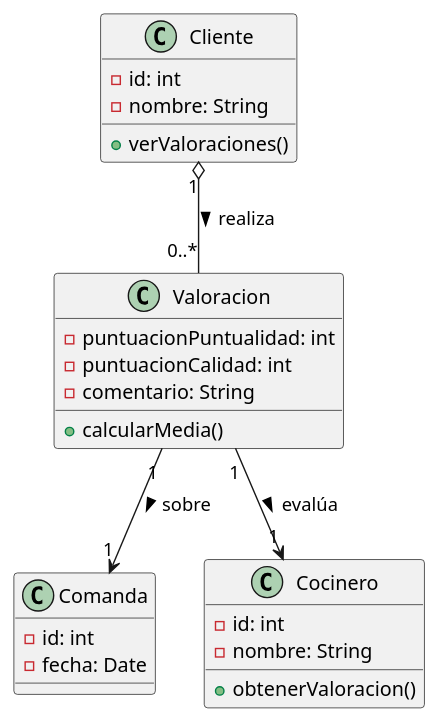
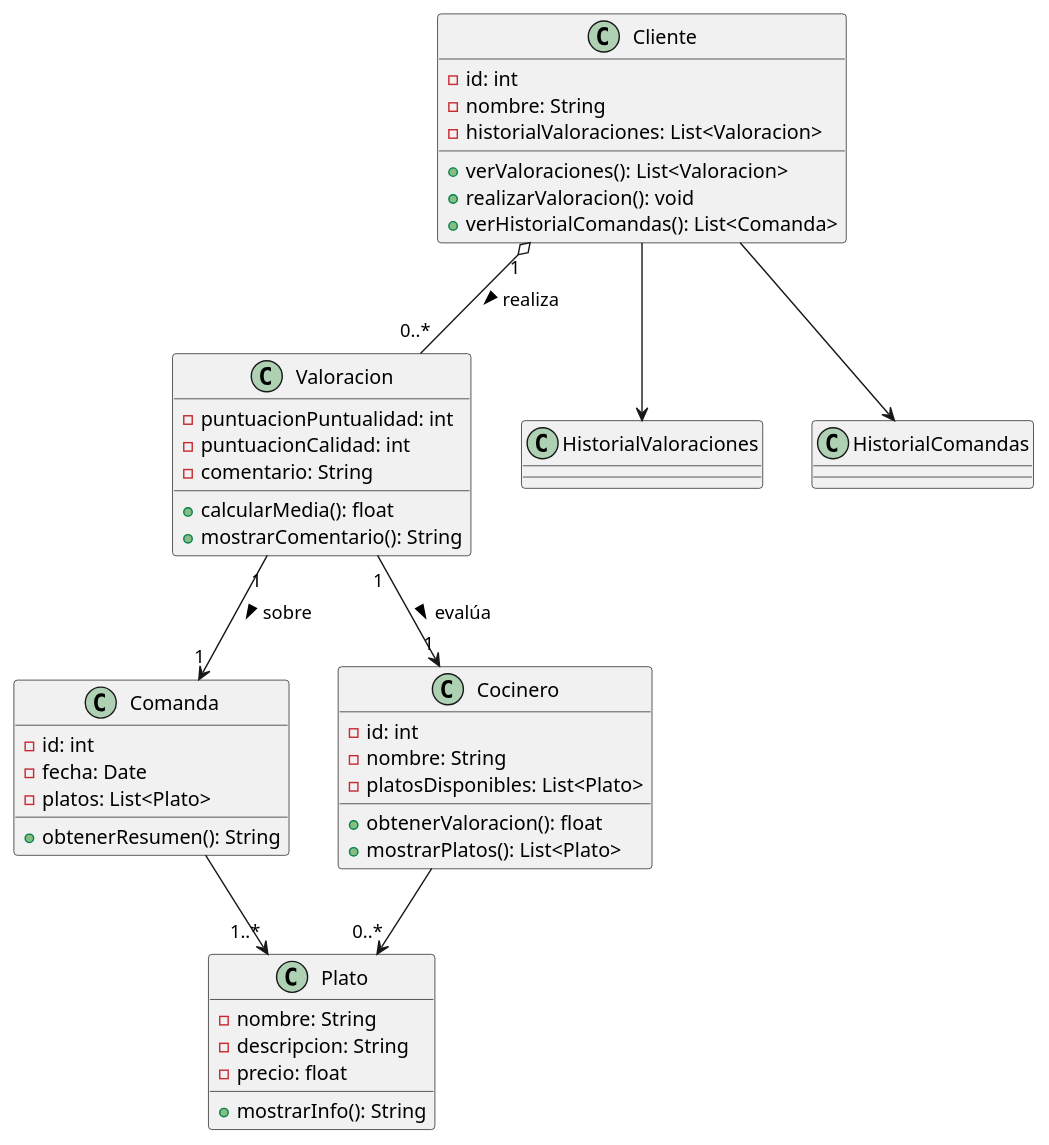
Before and after one commit to dabien3/ES25UAB-511-05: the diagram in documents/Diagrama Clases/CodeUML/bloq5.pUML, drawn with PlantUML.

```diff
--- a/documents/Diagrama Clases/CodeUML/bloq5.pUML
+++ b/documents/Diagrama Clases/CodeUML/bloq5.pUML
@@ -1,31 +1,54 @@
 @startuml
 
 class Valoracion {
   - puntuacionPuntualidad: int
   - puntuacionCalidad: int
   - comentario: String
-  + calcularMedia()
+  + calcularMedia(): float
+  + mostrarComentario(): String
 }
 
 class Comanda {
   - id: int
   - fecha: Date
+  - platos: List<Plato>
+  + obtenerResumen(): String
 }
 
 class Cocinero {
   - id: int
   - nombre: String
-  + obtenerValoracion()
+  - platosDisponibles: List<Plato>
+  + obtenerValoracion(): float
+  + mostrarPlatos(): List<Plato>
 }
 
 class Cliente {
   - id: int
   - nombre: String
-  + verValoraciones()
+  - historialValoraciones: List<Valoracion>
+  + verValoraciones(): List<Valoracion>
+  + realizarValoracion(): void
+  + verHistorialComandas(): List<Comanda>
 }
+
+class Plato {
+  - nombre: String
+  - descripcion: String
+  - precio: float
+  + mostrarInfo(): String
+}
+
+class HistorialValoraciones
+class HistorialComandas
 
 Cliente "1" o-- "0..*" Valoracion : realiza >
 Valoracion "1" --> "1" Comanda : sobre >
 Valoracion "1" --> "1" Cocinero : evalúa >
 
+Cliente --> HistorialValoraciones
+Cliente --> HistorialComandas
+Comanda --> "1..*" Plato
+Cocinero --> "0..*" Plato
+
 @enduml
```
